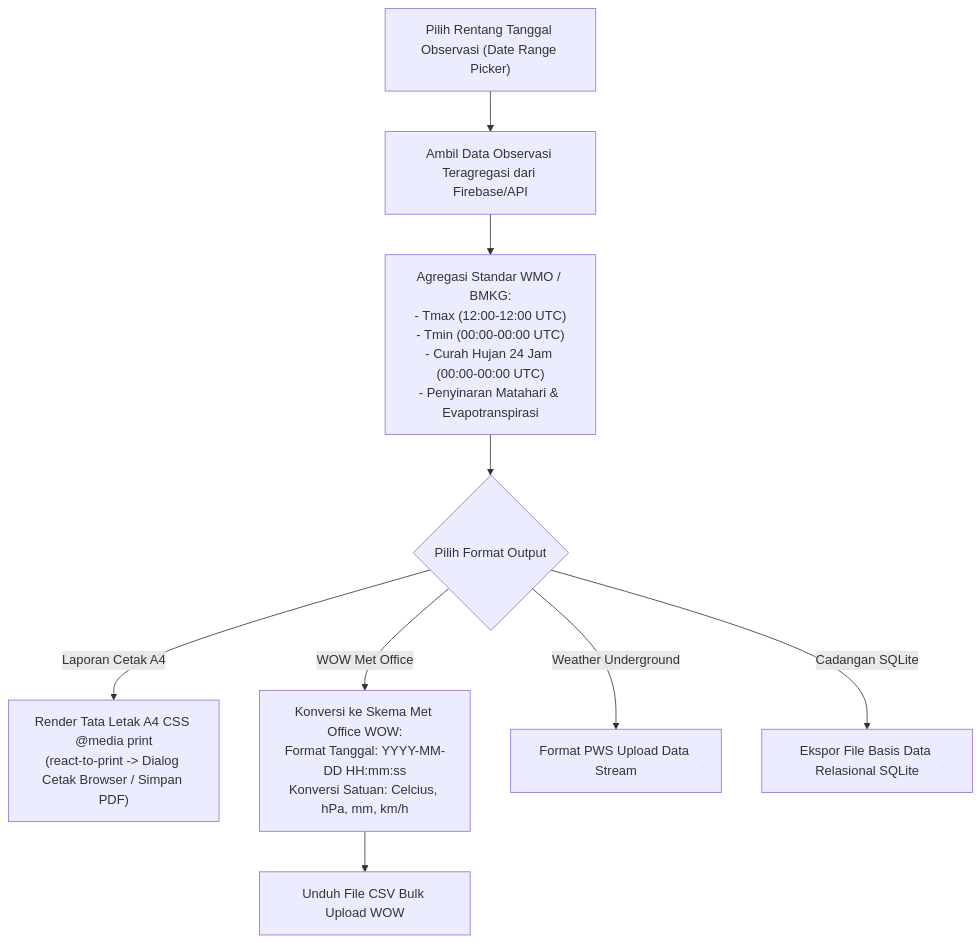
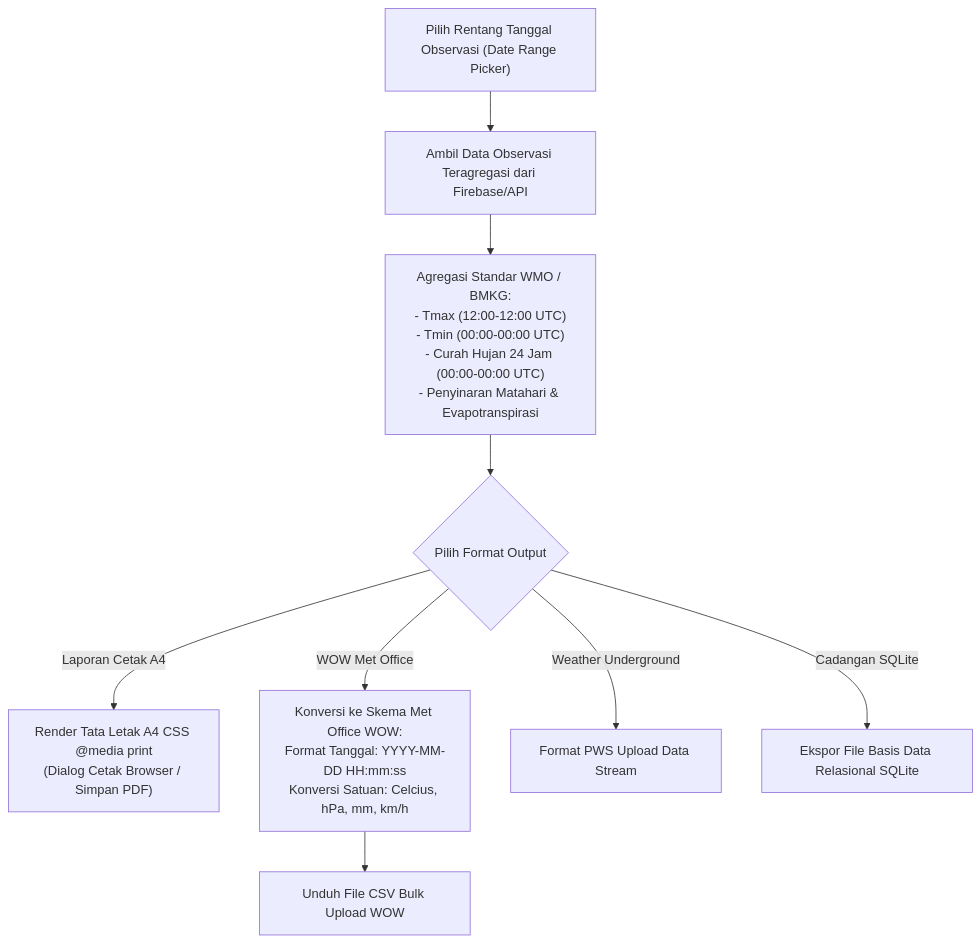
One commit to jerukagung-seismologi/Dashboard-Meteo-Sense changed the fifth of 5 diagrams in README.md. Above: the diagram before and after it, drawn with Mermaid. The commit also changed other lines of this file and 5 other files, not shown here.

````diff
--- a/README.md
+++ b/README.md
@@ -227,14 +227,14 @@
 ```mermaid
 flowchart TD
     UserSelect["Pilih Rentang Tanggal Observasi (Date Range Picker)"] --> FetchObs["Ambil Data Observasi Teragregasi dari Firebase/API"]
     FetchObs --> WMOAggregation["Agregasi Standar WMO / BMKG:\n- Tmax (12:00-12:00 UTC)\n- Tmin (00:00-00:00 UTC)\n- Curah Hujan 24 Jam (00:00-00:00 UTC)\n- Penyinaran Matahari & Evapotranspirasi"]
     
     WMOAggregation --> FormatOption{"Pilih Format Output"}
     
-    FormatOption -- "Laporan Cetak A4" --> PrintView["Render Tata Letak A4 CSS @media print\n(react-to-print -> Dialog Cetak Browser / Simpan PDF)"]
+    FormatOption -- "Laporan Cetak A4" --> PrintView["Render Tata Letak A4 CSS @media print\n(Dialog Cetak Browser / Simpan PDF)"]
     FormatOption -- "WOW Met Office" --> WOWTransform["Konversi ke Skema Met Office WOW:\nFormat Tanggal: YYYY-MM-DD HH:mm:ss\nKonversi Satuan: Celcius, hPa, mm, km/h"]
     FormatOption -- "Weather Underground" --> WUStep["Format PWS Upload Data Stream"]
     FormatOption -- "Cadangan SQLite" --> SQLiteGen["Ekspor File Basis Data Relasional SQLite"]
     
     WOWTransform --> DownloadCSV["Unduh File CSV Bulk Upload WOW"]
 ```
````
